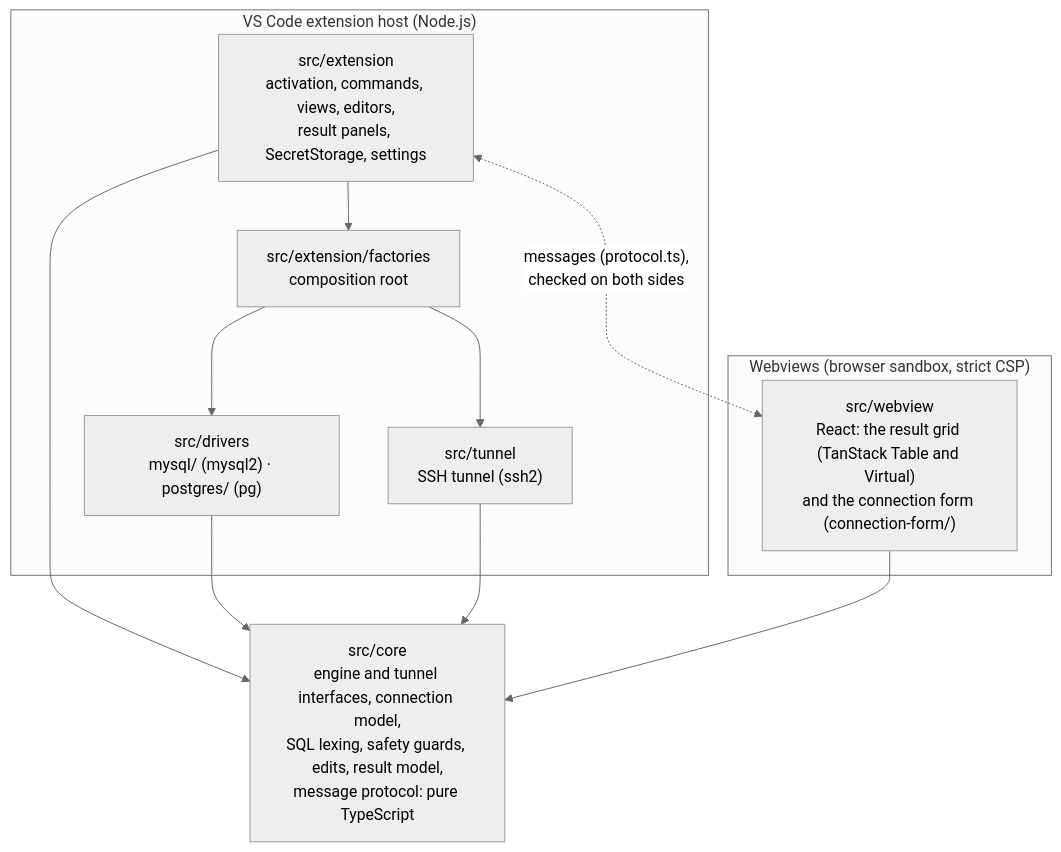
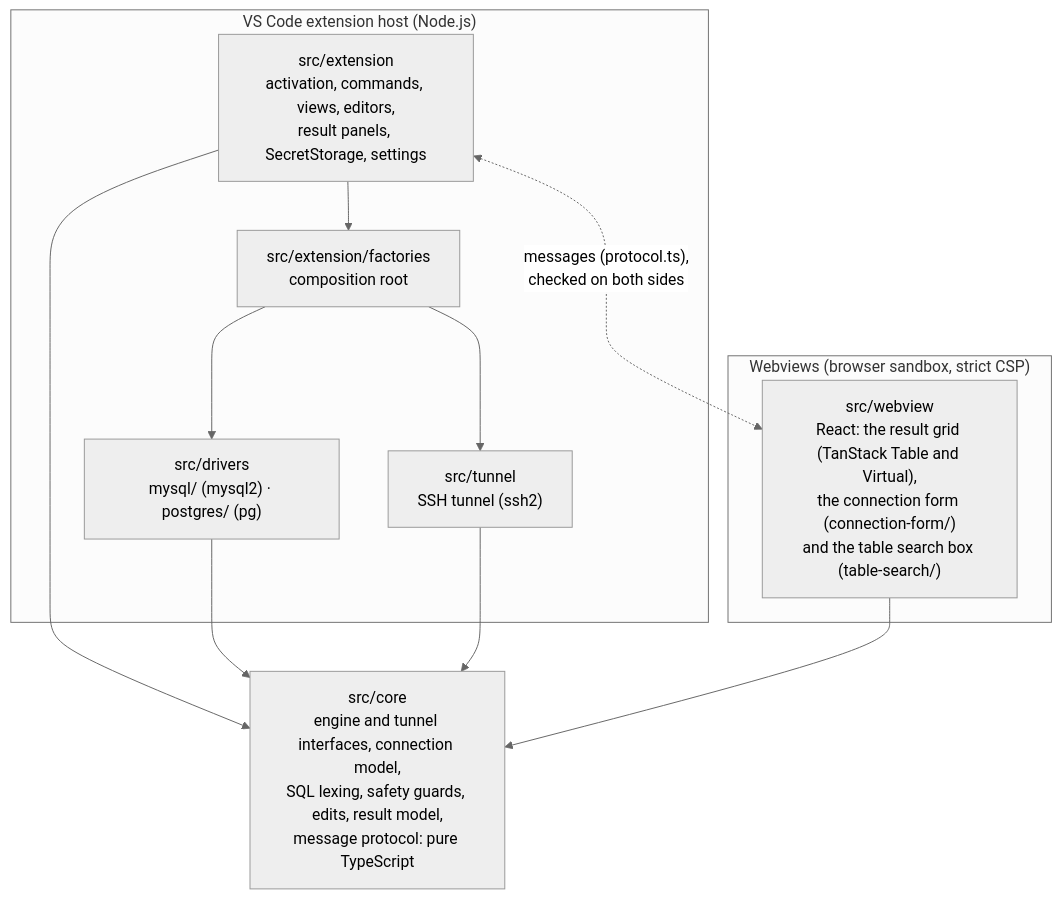
Before and after one commit to mathmed/sqldoro: the first of 5 diagrams in docs/ARCHITECTURE.md, drawn with Mermaid (neutral theme). The commit also changed other lines of this file and 57 other files, not shown here.

First line of the commit message:
feat: find tables live from a search box above the explorer (#16)

````diff
--- a/docs/ARCHITECTURE.md
+++ b/docs/ARCHITECTURE.md
@@ -11,22 +11,22 @@
 ```mermaid
 flowchart TB
   subgraph host["VS Code extension host (Node.js)"]
     extension["src/extension<br/>activation, commands, views, editors,<br/>result panels, SecretStorage, settings"]
     factories["src/extension/factories<br/>composition root"]
     drivers["src/drivers<br/>mysql/ (mysql2) · postgres/ (pg)"]
     tunnel["src/tunnel<br/>SSH tunnel (ssh2)"]
   end
   subgraph browser["Webviews (browser sandbox, strict CSP)"]
-    webview["src/webview<br/>React: the result grid (TanStack Table and Virtual)<br/>and the connection form (connection-form/)"]
+    webview["src/webview<br/>React: the result grid (TanStack Table and Virtual),<br/>the connection form (connection-form/)<br/>and the table search box (table-search/)"]
   end
   core["src/core<br/>engine and tunnel interfaces, connection model,<br/>SQL lexing, safety guards, edits, result model,<br/>message protocol: pure TypeScript"]
 
   extension --> core
   factories --> drivers
   factories --> tunnel
   extension --> factories
   drivers --> core
   tunnel --> core
   webview --> core
   extension <-. "messages (protocol.ts),<br/>checked on both sides" .-> webview
 ```
````
